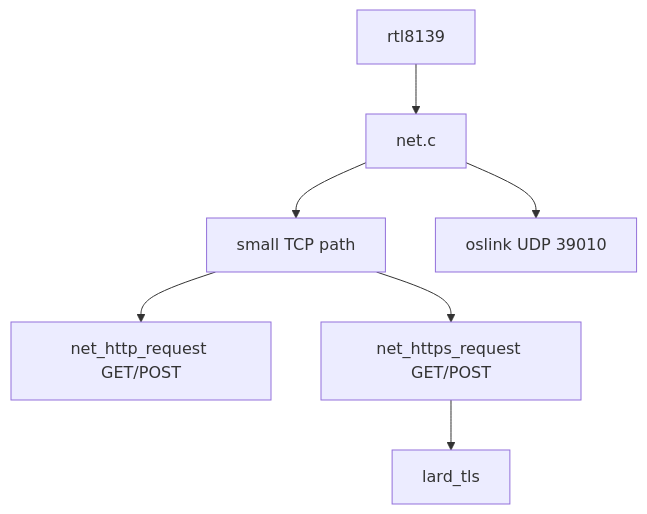
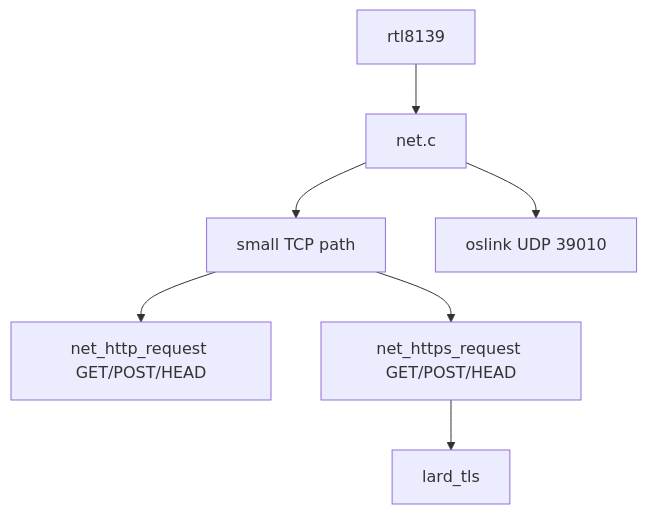
Before and after one commit to jgchoimd-web/lardos: the fourth of 4 diagrams in os/ARCHITECTURE.md, drawn with Mermaid. The commit also changed other lines of this file and 17 other files, not shown here.

````diff
--- a/os/ARCHITECTURE.md
+++ b/os/ARCHITECTURE.md
@@ -172,15 +172,15 @@
 ```mermaid
 flowchart TB
     RTL["rtl8139"]
     Net["net.c"]
     TCP["small TCP path"]
-    HTTP["net_http_request GET/POST"]
-    HTTPS["net_https_request GET/POST"]
+    HTTP["net_http_request GET/POST/HEAD"]
+    HTTPS["net_https_request GET/POST/HEAD"]
     OSLink["oslink UDP 39010"]
     TLS["lard_tls"]
 
     RTL --> Net --> TCP
     Net --> OSLink
     TCP --> HTTP
     TCP --> HTTPS --> TLS
 ```
````
